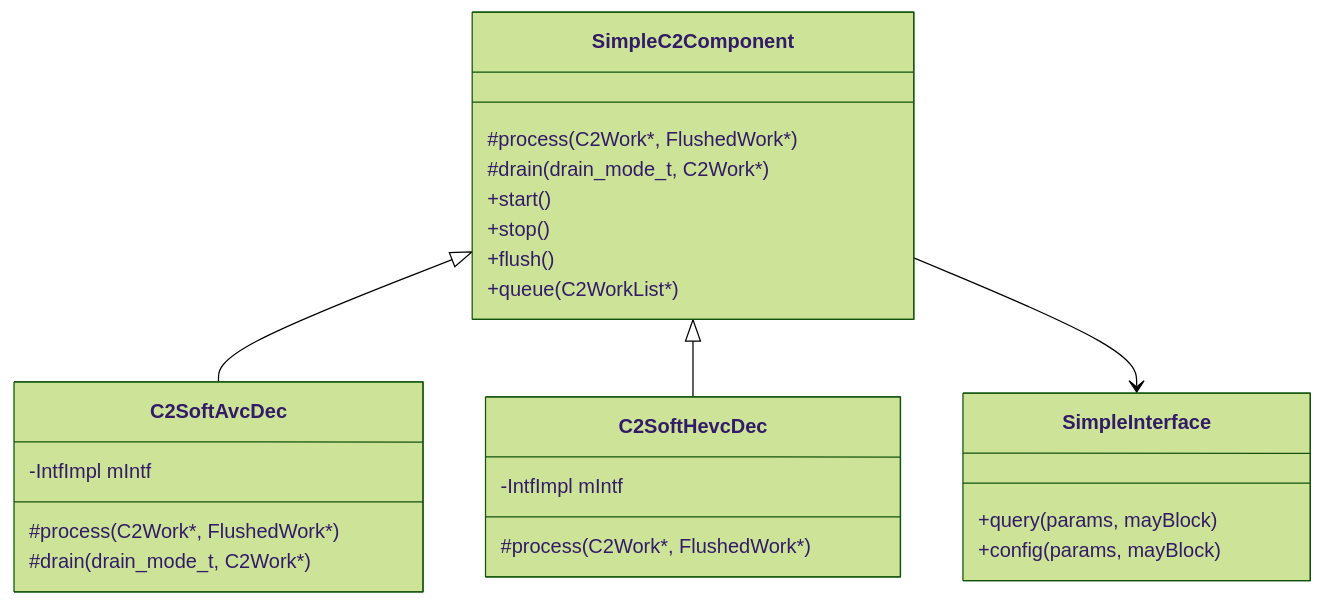
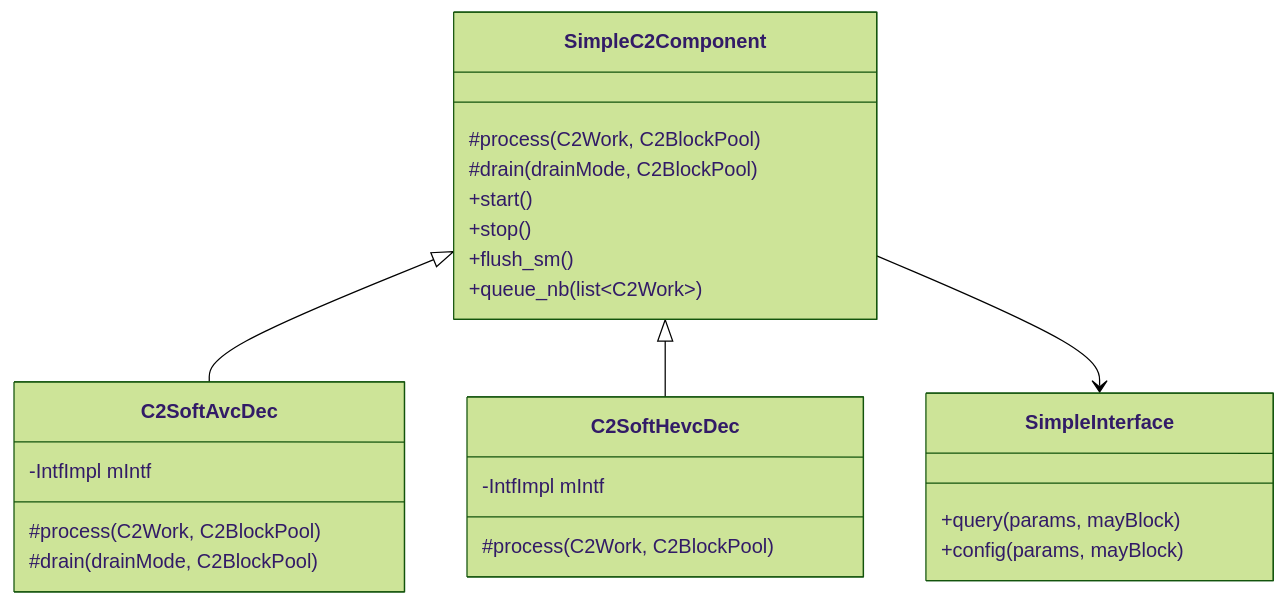
Before and after one commit to aospbooks/aosp-internal-book: diagram 25 of 34 in 16-media-and-camera.md, drawn with Mermaid (forest theme). The commit also changed other lines of this file and 218 other files, not shown here.

````diff
--- a/16-media-and-camera.md
+++ b/16-media-and-camera.md
@@ -3598,31 +3636,31 @@
 ```mermaid
 classDiagram
     class SimpleC2Component {
-        #process(C2Work*, FlushedWork*)
-        #drain(drain_mode_t, C2Work*)
+        #process(C2Work, C2BlockPool)
+        #drain(drainMode, C2BlockPool)
         +start()
         +stop()
-        +flush()
-        +queue(C2WorkList*)
+        +flush_sm()
+        +queue_nb(list~C2Work~)
     }
 
     class SimpleInterface {
         +query(params, mayBlock)
         +config(params, mayBlock)
     }
 
     class C2SoftAvcDec {
         -IntfImpl mIntf
-        #process(C2Work*, FlushedWork*)
-        #drain(drain_mode_t, C2Work*)
+        #process(C2Work, C2BlockPool)
+        #drain(drainMode, C2BlockPool)
     }
 
     class C2SoftHevcDec {
         -IntfImpl mIntf
-        #process(C2Work*, FlushedWork*)
+        #process(C2Work, C2BlockPool)
     }
 
     SimpleC2Component <|-- C2SoftAvcDec
     SimpleC2Component <|-- C2SoftHevcDec
     SimpleC2Component --> SimpleInterface
 ```
````
